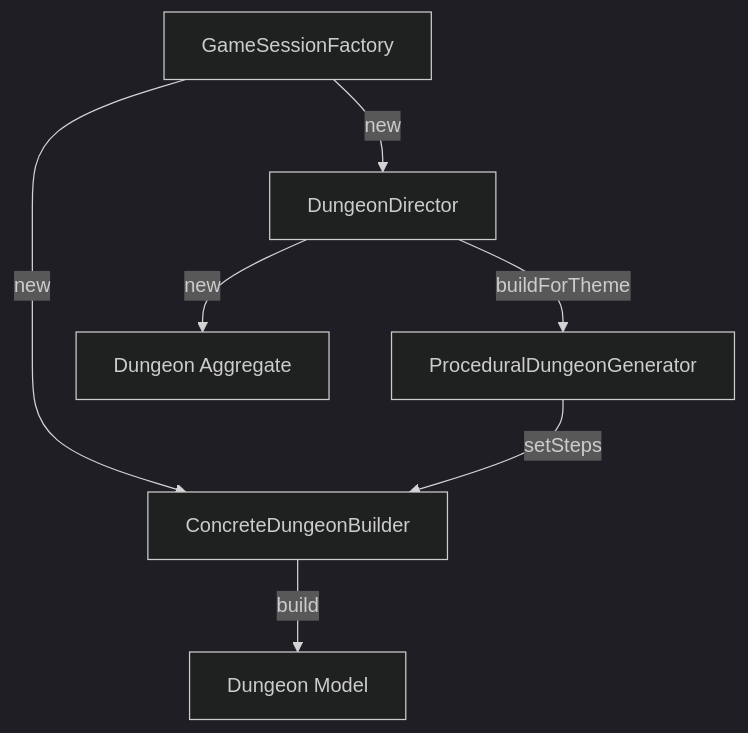
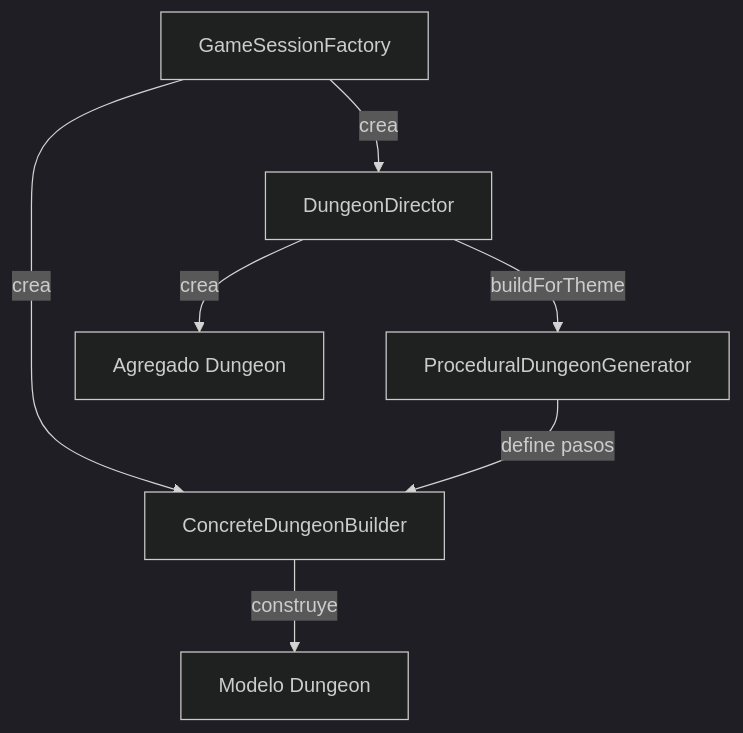
Before and after one commit to Craos6518/dungeon-crawler-patterns: the diagram in docs/03-patterns/builder.md, drawn with Mermaid (dark theme). The commit also changed 11 other files, not shown here.

Commit message:
refactor: actualizar diagramas y terminología en la documentación de patrones

````diff
--- a/docs/03-patterns/builder.md
+++ b/docs/03-patterns/builder.md
@@ -23,9 +23,9 @@
 ```mermaid
 graph TD
-    A[GameSessionFactory] -->|new| B[ConcreteDungeonBuilder]
-    A -->|new| C[DungeonDirector]
+    A[GameSessionFactory] -->|crea| B[ConcreteDungeonBuilder]
+    A -->|crea| C[DungeonDirector]
     C -->|buildForTheme| D[ProceduralDungeonGenerator]
-    D -->|setSteps| B
-    B -->|build| E[Dungeon Model]
-    C -->|new| F[Dungeon Aggregate]
+    D -->|define pasos| B
+    B -->|construye| E[Modelo Dungeon]
+    C -->|crea| F[Agregado Dungeon]
 ```
````
